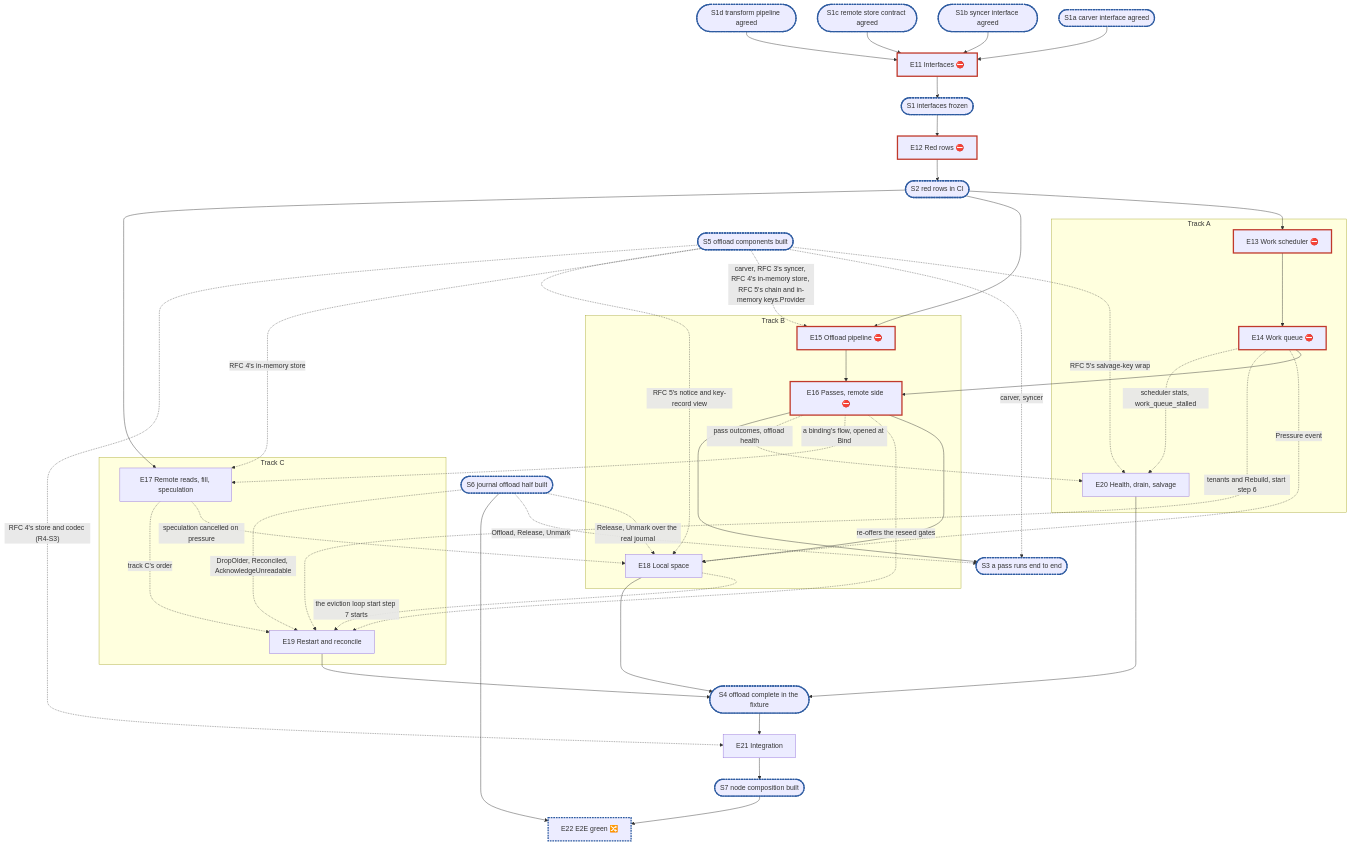
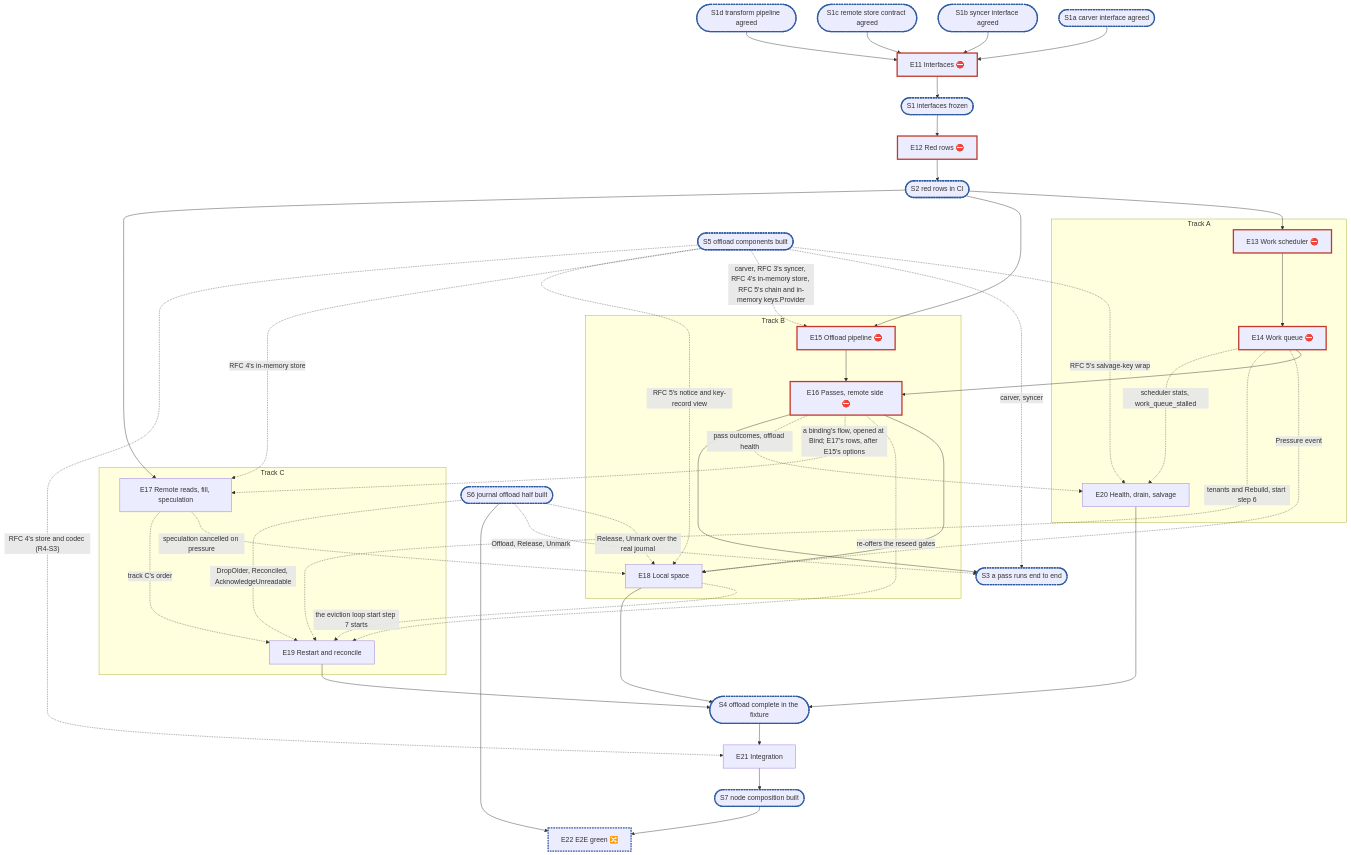
The diagram in .planning/rfc-8-offload-engine-plan.md (cubbit/dittofs), drawn with Mermaid before and after one commit. The commit also changed other lines of this file and 2 other files, not shown here.

````diff
--- a/.planning/rfc-8-offload-engine-plan.md
+++ b/.planning/rfc-8-offload-engine-plan.md
@@ -429,47 +430,47 @@
 ```mermaid
 flowchart TD
   S1a(["S1a carver interface agreed"]):::sync --> E11
   S1b(["S1b syncer interface agreed"]):::sync --> E11
   S1c(["S1c remote store contract agreed"]):::sync --> E11
   S1d(["S1d transform pipeline agreed"]):::sync --> E11
   E11["E11 Interfaces ⛔"]:::blocker --> S1(["S1 interfaces frozen"]):::sync
   S1 --> E12["E12 Red rows ⛔"]:::blocker --> S2(["S2 red rows in CI"]):::sync
   subgraph A["Track A"]
     E13["E13 Work scheduler ⛔"]:::blocker --> E14["E14 Work queue ⛔"]:::blocker
     E20["E20 Health, drain, salvage"]
   end
   subgraph B["Track B"]
     E15["E15 Offload pipeline ⛔"]:::blocker --> E16["E16 Passes, remote side ⛔"]:::blocker --> E18["E18 Local space"]
   end
   subgraph C["Track C"]
     E17["E17 Remote reads, fill, speculation"]
     E19["E19 Restart and reconcile"]
   end
   S2 --> E13 & E15 & E17
   E14 --> E16
   E14 -. "Pressure event" .-> E18
   E14 -. "tenants and Rebuild, start step 6" .-> E19
   E14 -. "scheduler stats, work_queue_stalled" .-> E20
   E16 -. "re-offers the reseed gates" .-> E19
-  E16 -. "a binding's flow, opened at Bind" .-> E17
+  E16 -. "a binding's flow, opened at Bind; E17's rows, after E15's options" .-> E17
   E18 -. "the eviction loop start step 7 starts" .-> E19
   E16 -. "pass outcomes, offload health" .-> E20
   E17 -. "speculation cancelled on pressure" .-> E18
   E17 -. "track C's order" .-> E19
   S5(["S5 offload components built"]):::sync -. "carver, syncer" .-> S3
   S5 -. "carver, RFC 3's syncer, RFC 4's in-memory store, RFC 5's chain and in-memory keys.Provider" .-> E15
   S5 -. "RFC 4's in-memory store" .-> E17
   S5 -. "RFC 5's notice and key-record view" .-> E18
   S5 -. "RFC 5's salvage-key wrap" .-> E20
   S6(["S6 journal offload half built"]):::sync -. "Offload, Release, Unmark" .-> S3
   E16 --> S3(["S3 a pass runs end to end"]):::sync
   S6 -. "DropOlder, Reconciled, AcknowledgeUnreadable" .-> E19
   S6 -. "Release, Unmark over the real journal" .-> E18
   E18 & E19 & E20 --> S4(["S4 offload complete in the fixture"]):::sync
   S4 --> E21["E21 Integration"]
   S5 -. "RFC 4's store and codec (R4-S3)" .-> E21
   E21 --> S7(["S7 node composition built"]):::sync --> E22["E22 E2E green 🔀"]:::sync
   S6 --> E22
   classDef blocker stroke:#c0392b,stroke-width:3px
   classDef sync stroke:#2c5aa0,stroke-width:3px,stroke-dasharray:4 2
 ```
````
